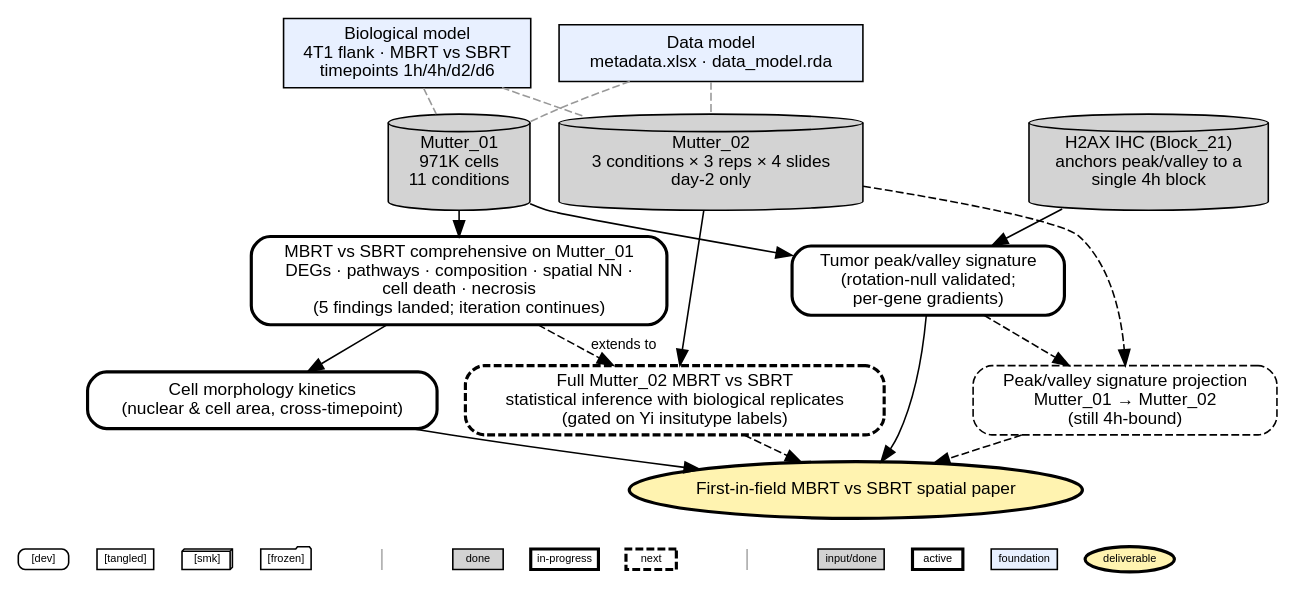
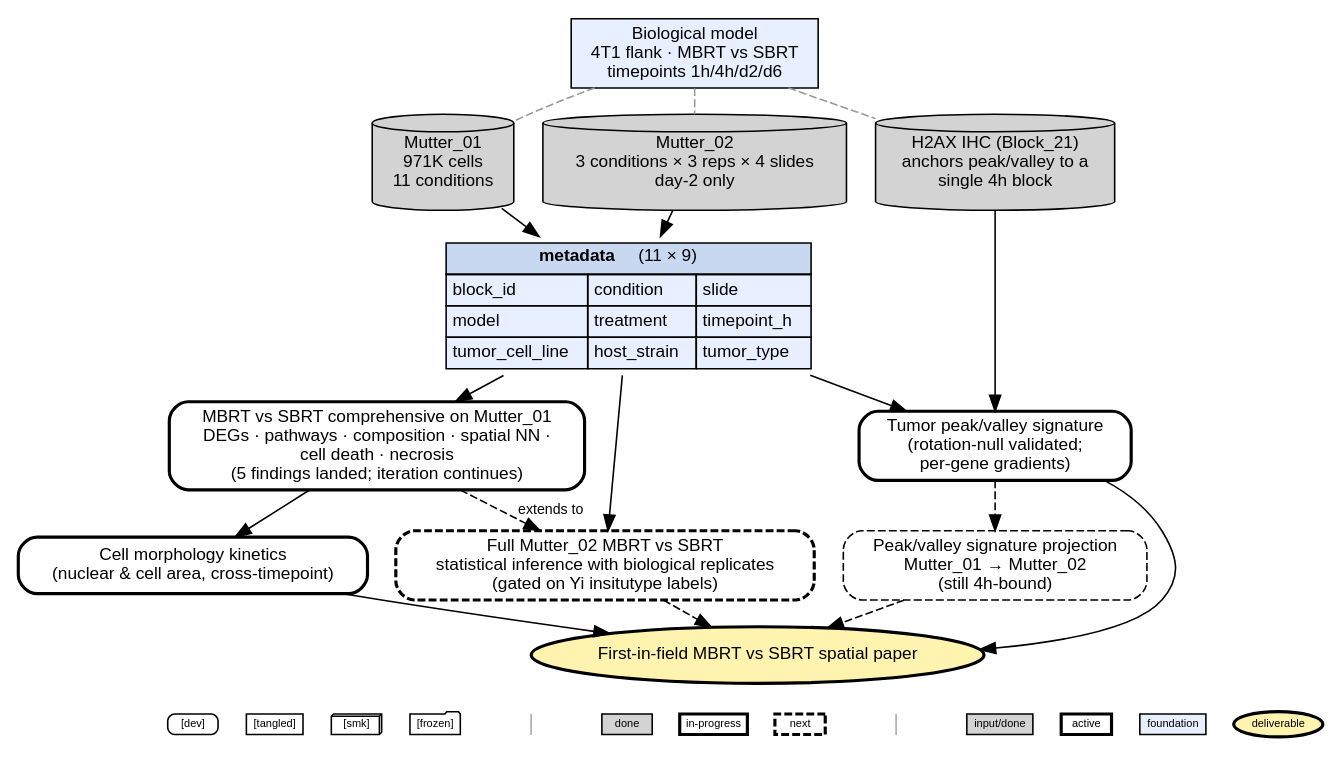
The diagram in spatial-rads.org (jeszyman/spatial-rads), drawn with Graphviz before and after one commit. The commit also changed other lines of this file, not shown here.

First line of the commit message:
org: tangle data-model + processing workflows into the literate notebook

```diff
--- a/spatial-rads.org
+++ b/spatial-rads.org
@@ -121,14 +121,16 @@
   node [shape=box, style=filled, fillcolor=white, fontname="Helvetica", fontsize=11];
   edge [fontname="Helvetica", fontsize=9];
 
-  // --- PROJECT FOUNDATION ---
+  // --- BIOLOGICAL MODEL (top — experimental frame) ---
   bio_model     [label="Biological model\n4T1 flank · MBRT vs SBRT\ntimepoints 1h/4h/d2/d6", shape=box, style=filled, fillcolor="#e8f0ff"];
-  data_model    [label="Data model\nmetadata.xlsx · data_model.rda", shape=box, style=filled, fillcolor="#e8f0ff"];
 
-  // --- INPUTS ---
+  // --- INPUT DATA (datasets produced by the experiment) ---
   mutter01      [label="Mutter_01\n971K cells\n11 conditions", shape=cylinder, style=filled, fillcolor=lightgray];
   mutter02_raw  [label="Mutter_02\n3 conditions × 3 reps × 4 slides\nday-2 only", shape=cylinder, style=filled, fillcolor=lightgray];
   h2ax_ihc      [label="H2AX IHC (Block_21)\nanchors peak/valley to a\nsingle 4h block", shape=cylinder, style=filled, fillcolor=lightgray];
+
+  // --- DATA MODEL (processing layer that structures inputs) ---
+  data_model    [label=<<TABLE BORDER="0" CELLBORDER="1" CELLSPACING="0" CELLPADDING="3" BGCOLOR="#e8f0ff"><TR><TD COLSPAN="3" BGCOLOR="#c8d8f0"><B>metadata</B>  (11 × 9)</TD></TR><TR><TD ALIGN="LEFT">block_id</TD><TD ALIGN="LEFT">condition</TD><TD ALIGN="LEFT">slide</TD></TR><TR><TD ALIGN="LEFT">model</TD><TD ALIGN="LEFT">treatment</TD><TD ALIGN="LEFT">timepoint_h</TD></TR><TR><TD ALIGN="LEFT">tumor_cell_line</TD><TD ALIGN="LEFT">host_strain</TD><TD ALIGN="LEFT">tumor_type</TD></TR></TABLE>>, shape=plaintext];
 
   // --- LEFT STREAM: cross-timepoint MBRT vs SBRT (primary), all [dev] = rounded ---
   kinetics_m01  [label="MBRT vs SBRT comprehensive on Mutter_01\nDEGs · pathways · composition · spatial NN ·\ncell death · necrosis\n(5 findings landed; iteration continues)", shape=box, style="filled,rounded,bold", fillcolor=white];
@@ -142,27 +144,29 @@
   // --- DELIVERABLE ---
   paper         [label="First-in-field MBRT vs SBRT spatial paper", shape=ellipse, style="filled,bold", fillcolor="#fff3b0"];
 
-  // Foundation feeds inputs (light gray, no arrowhead — context, not flow)
-  bio_model  -> mutter01     [style=dashed, color=gray60, arrowhead=none];
-  bio_model  -> mutter02_raw [style=dashed, color=gray60, arrowhead=none];
-  data_model -> mutter01     [style=dashed, color=gray60, arrowhead=none];
-  data_model -> mutter02_raw [style=dashed, color=gray60, arrowhead=none];
+  // Hierarchy: biological model → input data → data model → analyses
+  bio_model    -> mutter01     [style=dashed, color=gray60, arrowhead=none];
+  bio_model    -> mutter02_raw [style=dashed, color=gray60, arrowhead=none];
+  bio_model    -> h2ax_ihc     [style=dashed, color=gray60, arrowhead=none];
+  mutter01     -> data_model;
+  mutter02_raw -> data_model;
 
-  // Analysis flow
-  mutter01 -> kinetics_m01 -> morphology;
+  // Analysis flow (analyses consume the data model, plus raw inputs where direct access is needed)
+  data_model   -> kinetics_m01;
+  data_model   -> tumor_sig;
+  data_model   -> m02_full;
+  kinetics_m01 -> morphology;
   kinetics_m01 -> m02_full [style=dashed, label="extends to"];
-  mutter02_raw -> m02_full;
-  mutter01 -> tumor_sig;
-  h2ax_ihc -> tumor_sig;
-  tumor_sig -> sig_project [style=dashed];
-  mutter02_raw -> sig_project [style=dashed];
+  h2ax_ihc     -> tumor_sig;
+  tumor_sig    -> sig_project [style=dashed];
   morphology -> paper;
   m02_full -> paper [style=dashed];
   tumor_sig -> paper;
   sig_project -> paper [style=dashed];
 
-  {rank=same; bio_model data_model}
+  {rank=same; bio_model}
   {rank=same; mutter01 mutter02_raw h2ax_ihc}
+  {rank=same; data_model}
   {rank=same; kinetics_m01 tumor_sig}
   {rank=same; morphology sig_project}
 
@@ -189,7 +193,7 @@
   {rank=sink; lg_m_dev lg_m_tan lg_m_smk lg_m_frz lg_sep1 lg_s_done lg_s_prog lg_s_next lg_sep2 lg_r_input lg_r_act lg_r_found lg_r_del}
 
   // Anchor below paper, enforce left-to-right order with invisible chain
-  bio_model -> lg_m_dev [style=invis];  // anchor legend to LEFT, not under center paper
+  morphology -> lg_m_dev [style=invis];  // anchor legend to leftmost bottom-area node
   lg_m_dev -> lg_m_tan -> lg_m_smk -> lg_m_frz -> lg_sep1 -> lg_s_done -> lg_s_prog -> lg_s_next -> lg_sep2 -> lg_r_input -> lg_r_act -> lg_r_found -> lg_r_del [style=invis, minlen=0];
 }
 #+end_src
```
